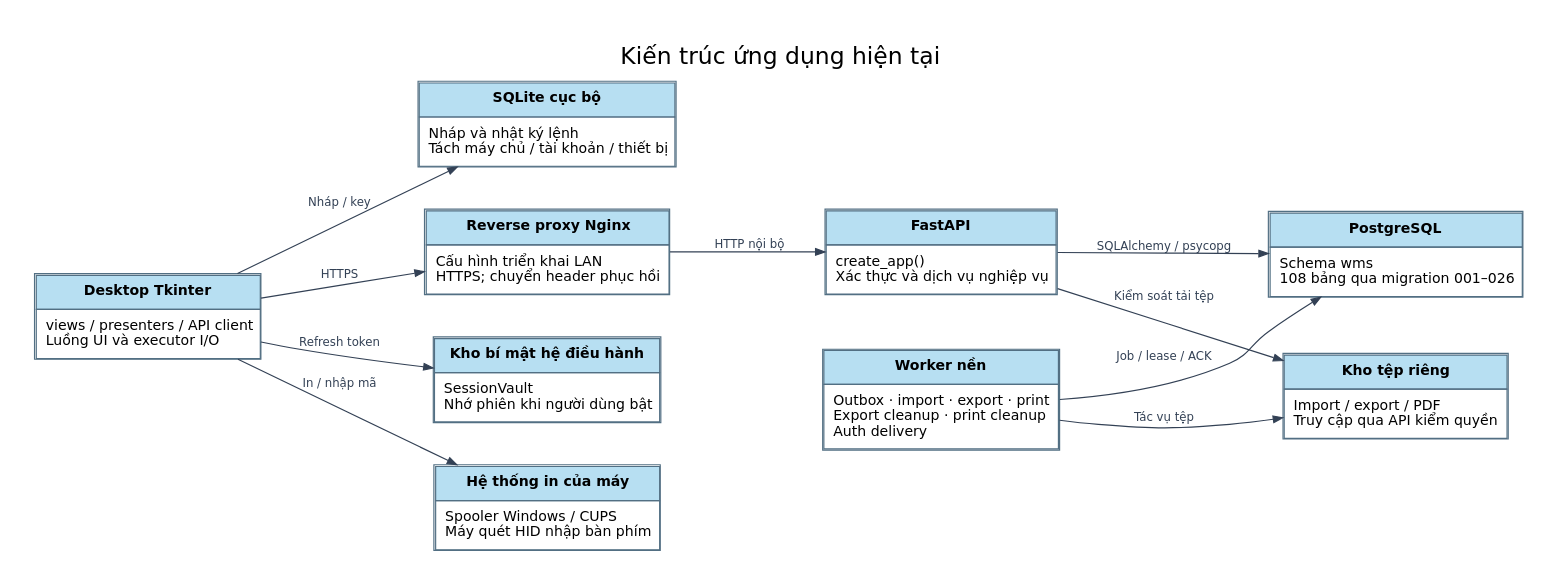
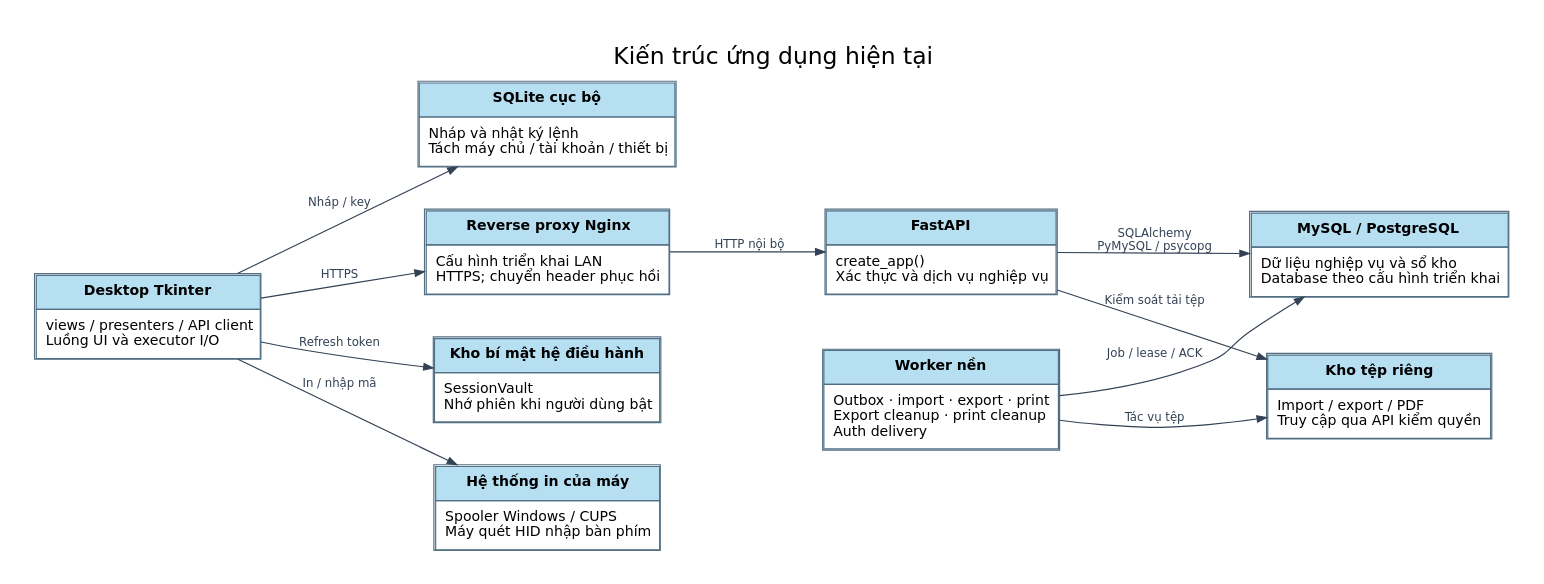
The diagram in 03_So_do/Hien_hanh/dot/ARCHITECTURE.dot (TEAM-DEV-FIVE/WMS_BA_2_0), drawn with Graphviz before and after one commit. The commit also changed 74 other files, not shown here.

```diff
--- a/03_So_do/Hien_hanh/dot/ARCHITECTURE.dot
+++ b/03_So_do/Hien_hanh/dot/ARCHITECTURE.dot
@@ -1,24 +1,24 @@
 digraph WMS {
 graph [rankdir=LR, bgcolor="white", nodesep=.5, ranksep=.9, pad=.3];
 node [shape=plain, fontname="DejaVu Sans", fontsize=12];
 edge [fontname="DejaVu Sans", fontsize=10, color="#334155", fontcolor="#334155", arrowsize=.8];
 label=<<TABLE BORDER="0" CELLBORDER="0" CELLPADDING="3"><TR><TD><FONT POINT-SIZE="20">Kiến trúc ứng dụng hiện tại</FONT></TD></TR></TABLE>>; labelloc=t; fontname="DejaVu Sans"; fontsize=16;
 "desktop" [label=<<TABLE BORDER="1" CELLBORDER="1" CELLSPACING="0" CELLPADDING="7" COLOR="#526f83"><TR><TD BGCOLOR="#b7dff2"><B>Desktop Tkinter</B></TD></TR><TR><TD ALIGN="LEFT" BALIGN="LEFT">views / presenters / API client<BR ALIGN="LEFT"/>Luồng UI và executor I/O</TD></TR></TABLE>>];
 "local" [label=<<TABLE BORDER="1" CELLBORDER="1" CELLSPACING="0" CELLPADDING="7" COLOR="#526f83"><TR><TD BGCOLOR="#b7dff2"><B>SQLite cục bộ</B></TD></TR><TR><TD ALIGN="LEFT" BALIGN="LEFT">Nháp và nhật ký lệnh<BR ALIGN="LEFT"/>Tách máy chủ / tài khoản / thiết bị</TD></TR></TABLE>>];
 "proxy" [label=<<TABLE BORDER="1" CELLBORDER="1" CELLSPACING="0" CELLPADDING="7" COLOR="#526f83"><TR><TD BGCOLOR="#b7dff2"><B>Reverse proxy Nginx</B></TD></TR><TR><TD ALIGN="LEFT" BALIGN="LEFT">Cấu hình triển khai LAN<BR ALIGN="LEFT"/>HTTPS; chuyển header phục hồi</TD></TR></TABLE>>];
 "api" [label=<<TABLE BORDER="1" CELLBORDER="1" CELLSPACING="0" CELLPADDING="7" COLOR="#526f83"><TR><TD BGCOLOR="#b7dff2"><B>FastAPI</B></TD></TR><TR><TD ALIGN="LEFT" BALIGN="LEFT">create_app()<BR ALIGN="LEFT"/>Xác thực và dịch vụ nghiệp vụ</TD></TR></TABLE>>];
-"db" [label=<<TABLE BORDER="1" CELLBORDER="1" CELLSPACING="0" CELLPADDING="7" COLOR="#526f83"><TR><TD BGCOLOR="#b7dff2"><B>PostgreSQL</B></TD></TR><TR><TD ALIGN="LEFT" BALIGN="LEFT">Schema wms<BR ALIGN="LEFT"/>108 bảng qua migration 001–026</TD></TR></TABLE>>];
+"db" [label=<<TABLE BORDER="1" CELLBORDER="1" CELLSPACING="0" CELLPADDING="7" COLOR="#526f83"><TR><TD BGCOLOR="#b7dff2"><B>MySQL / PostgreSQL</B></TD></TR><TR><TD ALIGN="LEFT" BALIGN="LEFT">Dữ liệu nghiệp vụ và sổ kho<BR ALIGN="LEFT"/>Database theo cấu hình triển khai</TD></TR></TABLE>>];
 "workers" [label=<<TABLE BORDER="1" CELLBORDER="1" CELLSPACING="0" CELLPADDING="7" COLOR="#526f83"><TR><TD BGCOLOR="#b7dff2"><B>Worker nền</B></TD></TR><TR><TD ALIGN="LEFT" BALIGN="LEFT">Outbox · import · export · print<BR ALIGN="LEFT"/>Export cleanup · print cleanup<BR ALIGN="LEFT"/>Auth delivery</TD></TR></TABLE>>];
 "files" [label=<<TABLE BORDER="1" CELLBORDER="1" CELLSPACING="0" CELLPADDING="7" COLOR="#526f83"><TR><TD BGCOLOR="#b7dff2"><B>Kho tệp riêng</B></TD></TR><TR><TD ALIGN="LEFT" BALIGN="LEFT">Import / export / PDF<BR ALIGN="LEFT"/>Truy cập qua API kiểm quyền</TD></TR></TABLE>>];
 "vault" [label=<<TABLE BORDER="1" CELLBORDER="1" CELLSPACING="0" CELLPADDING="7" COLOR="#526f83"><TR><TD BGCOLOR="#b7dff2"><B>Kho bí mật hệ điều hành</B></TD></TR><TR><TD ALIGN="LEFT" BALIGN="LEFT">SessionVault<BR ALIGN="LEFT"/>Nhớ phiên khi người dùng bật</TD></TR></TABLE>>];
 "print" [label=<<TABLE BORDER="1" CELLBORDER="1" CELLSPACING="0" CELLPADDING="7" COLOR="#526f83"><TR><TD BGCOLOR="#b7dff2"><B>Hệ thống in của máy</B></TD></TR><TR><TD ALIGN="LEFT" BALIGN="LEFT">Spooler Windows / CUPS<BR ALIGN="LEFT"/>Máy quét HID nhập bàn phím</TD></TR></TABLE>>];
 "desktop" -> "proxy" [label="HTTPS"];
 "proxy" -> "api" [label="HTTP nội bộ"];
-"api" -> "db" [label="SQLAlchemy / psycopg"];
+"api" -> "db" [label="SQLAlchemy\nPyMySQL / psycopg"];
 "desktop" -> "local" [label="Nháp / key"];
 "desktop" -> "vault" [label="Refresh token"];
 "workers" -> "db" [label="Job / lease / ACK"];
 "workers" -> "files" [label="Tác vụ tệp"];
 "api" -> "files" [label="Kiểm soát tải tệp"];
 "desktop" -> "print" [label="In / nhập mã"];
 }
```
